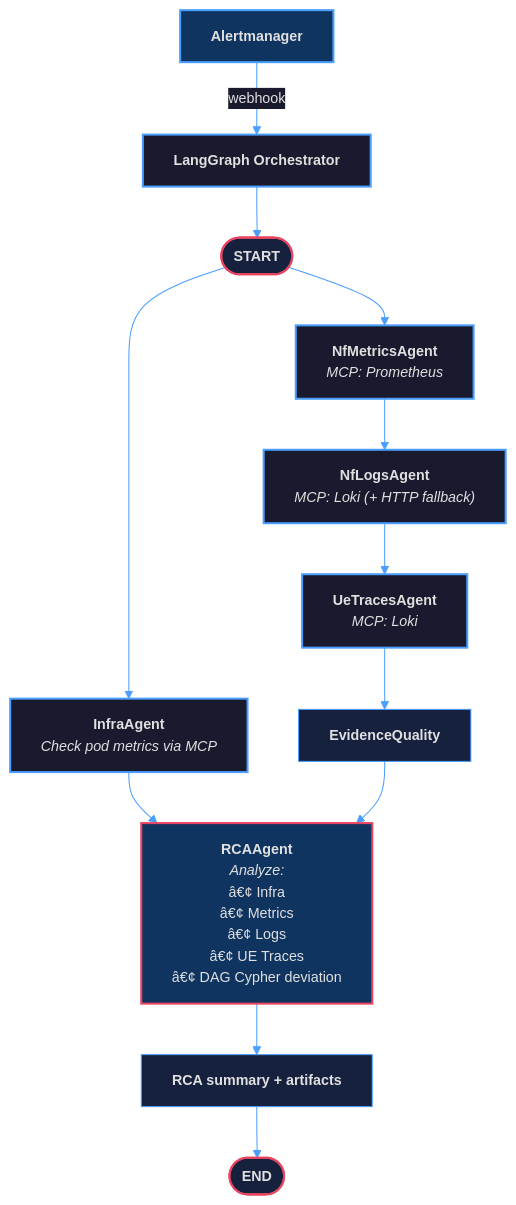
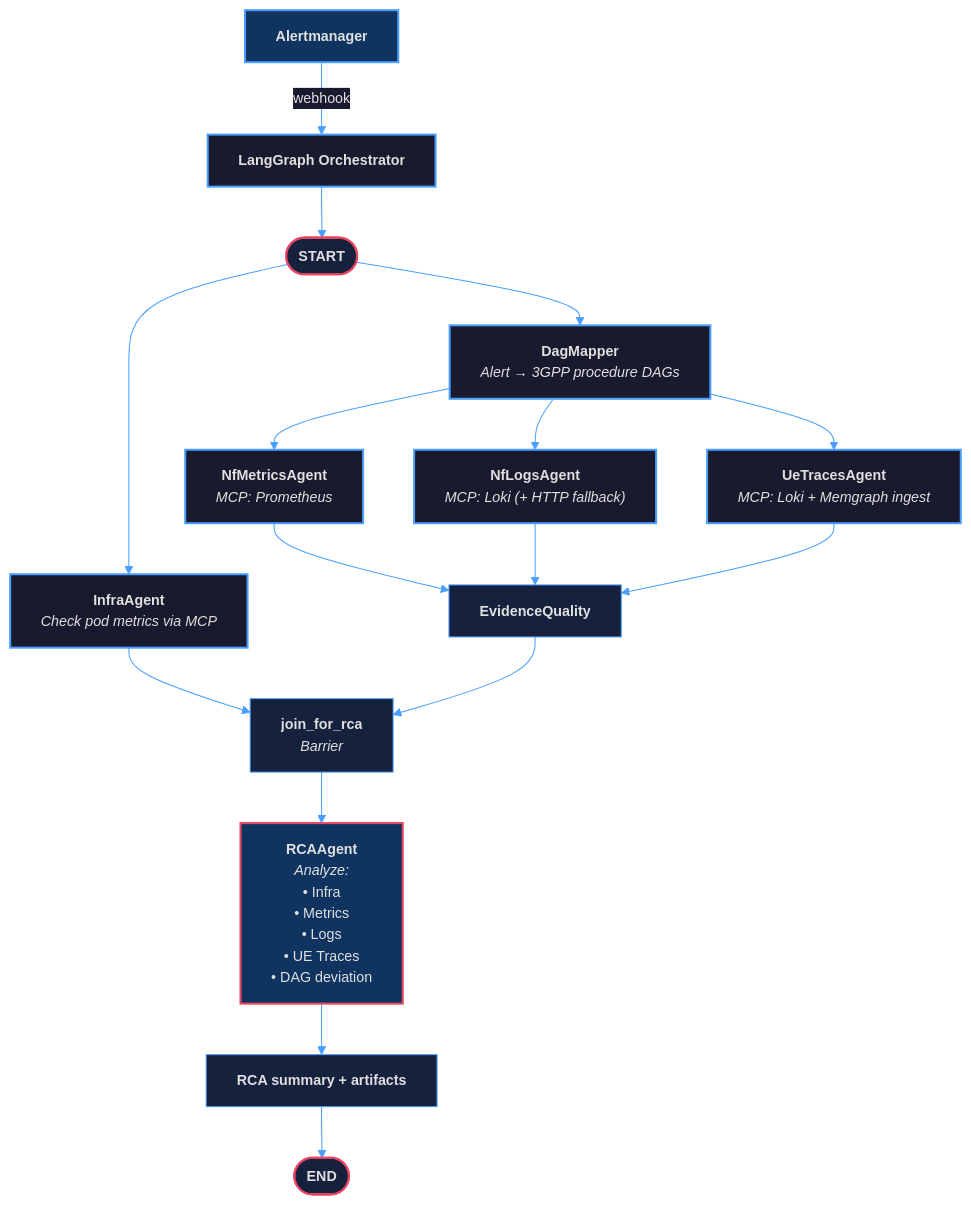
One commit to skapoula/5g-triage-agent changed the diagram in docs/workflow_diagram.mermaid. Above: the diagram before and after it, drawn with Mermaid. The commit also changed 2 other files, not shown here.

Commit message:
docs: update diagrams and architecture doc to reflect parallel fan-out, DagMapper, join_for_rca, and corrected state field names

```diff
--- a/docs/workflow_diagram.mermaid
+++ b/docs/workflow_diagram.mermaid
@@ -1,31 +1,37 @@
 %%{init: {'theme': 'base', 'themeVariables': { 'primaryColor': '#1a1a2e', 'primaryTextColor': '#e0e0e0', 'primaryBorderColor': '#4a9eff', 'lineColor': '#4a9eff', 'secondaryColor': '#16213e', 'tertiaryColor': '#0f3460', 'background': '#0d1117', 'mainBkg': '#1a1a2e', 'nodeBorder': '#4a9eff', 'clusterBkg': '#16213e', 'clusterBorder': '#4a9eff', 'edgeLabelBackground': '#1a1a2e', 'fontFamily': 'Inter, Segoe UI, sans-serif', 'fontSize': '14px' }}}%%
 flowchart TD
     A["<b>Alertmanager</b>"] -->|webhook| B["<b>LangGraph Orchestrator</b>"]
     B --> C(["<b>START</b>"])
 
     C --> D["<b>InfraAgent</b><br/><i>Check pod metrics via MCP</i>"]
-    C --> E["<b>NfMetricsAgent</b><br/><i>MCP: Prometheus</i>"]
+    C --> DM["<b>DagMapper</b><br/><i>Alert → 3GPP procedure DAGs</i>"]
 
-    E --> E2["<b>NfLogsAgent</b><br/><i>MCP: Loki (+ HTTP fallback)</i>"]
-    E2 --> E3["<b>UeTracesAgent</b><br/><i>MCP: Loki</i>"]
-    E3 --> F["<b>EvidenceQuality</b>"]
+    DM --> E["<b>NfMetricsAgent</b><br/><i>MCP: Prometheus</i>"]
+    DM --> E2["<b>NfLogsAgent</b><br/><i>MCP: Loki (+ HTTP fallback)</i>"]
+    DM --> E3["<b>UeTracesAgent</b><br/><i>MCP: Loki + Memgraph ingest</i>"]
 
-    D --> G
-    F --> G
+    E --> F["<b>EvidenceQuality</b>"]
+    E2 --> F
+    E3 --> F
 
-    G["<b>RCAAgent</b><br/><i>Analyze:</i><br/>â€¢ Infra<br/>â€¢ Metrics<br/>â€¢ Logs<br/>â€¢ UE Traces<br/>â€¢ DAG Cypher deviation"]
+    D --> J["<b>join_for_rca</b><br/><i>Barrier</i>"]
+    F --> J
+
+    J --> G["<b>RCAAgent</b><br/><i>Analyze:</i><br/>• Infra<br/>• Metrics<br/>• Logs<br/>• UE Traces<br/>• DAG deviation"]
 
     G --> H["<b>RCA summary + artifacts</b>"]
     H --> I(["<b>END</b>"])
 
     style A fill:#0f3460,stroke:#4a9eff,stroke-width:2px,color:#e0e0e0
     style B fill:#1a1a2e,stroke:#4a9eff,stroke-width:2px,color:#e0e0e0
     style C fill:#16213e,stroke:#e94560,stroke-width:2px,color:#e0e0e0
     style D fill:#1a1a2e,stroke:#4a9eff,stroke-width:2px,color:#e0e0e0
+    style DM fill:#1a1a2e,stroke:#4a9eff,stroke-width:2px,color:#e0e0e0
     style E fill:#1a1a2e,stroke:#4a9eff,stroke-width:2px,color:#e0e0e0
     style E2 fill:#1a1a2e,stroke:#4a9eff,stroke-width:2px,color:#e0e0e0
     style E3 fill:#1a1a2e,stroke:#4a9eff,stroke-width:2px,color:#e0e0e0
     style F fill:#16213e,stroke:#4a9eff,stroke-width:1px,color:#e0e0e0
+    style J fill:#16213e,stroke:#4a9eff,stroke-width:1px,color:#e0e0e0
     style G fill:#0f3460,stroke:#e94560,stroke-width:2px,color:#e0e0e0
     style H fill:#16213e,stroke:#4a9eff,stroke-width:1px,color:#e0e0e0
     style I fill:#16213e,stroke:#e94560,stroke-width:2px,color:#e0e0e0
```
